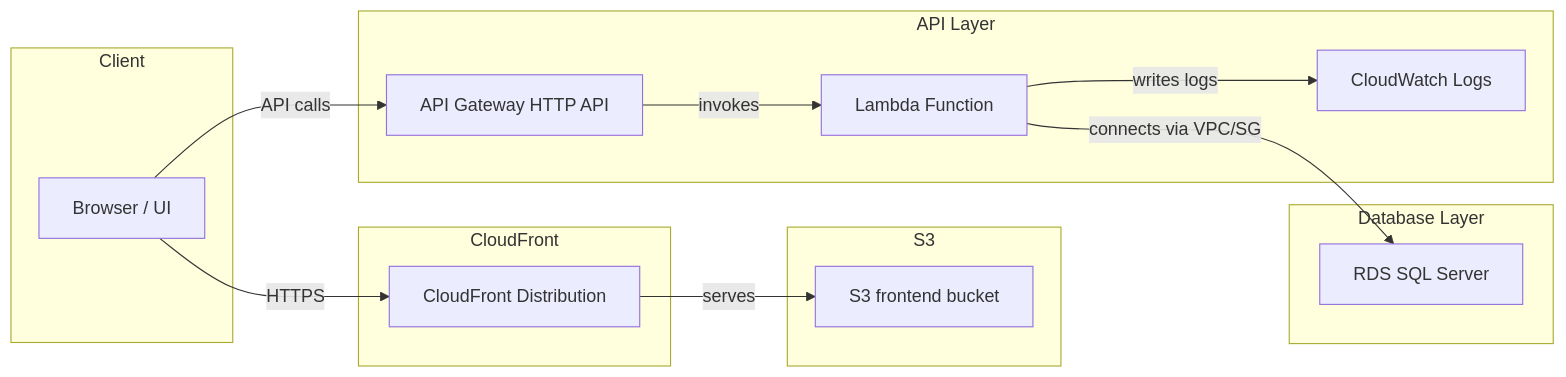
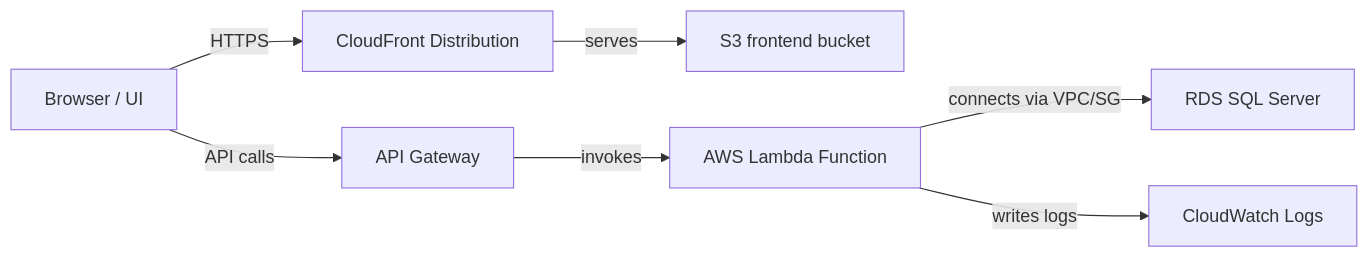
Before and after one commit to Rohit4530/accountdb-poc: the diagram in README.md, drawn with Mermaid. The commit also changed other lines of this file, not shown here.

````diff
--- a/README.md
+++ b/README.md
@@ -46,31 +117,10 @@
 ```mermaid
 flowchart LR
-    subgraph Client
-      Browser[Browser / UI]
-    end
-
-    subgraph CDN[CloudFront]
-      CloudFront[CloudFront Distribution]
-    end
-
-    subgraph Storage[S3]
-      FrontendS3[S3 frontend bucket]
-    end
-
-    subgraph API[API Layer]
-      APIGW[API Gateway HTTP API]
-      Lambda[Lambda Function]
-      Logs[CloudWatch Logs]
-    end
-
-    subgraph DB[Database Layer]
-      RDS[RDS SQL Server]
-    end
-
-    Browser -->|HTTPS| CloudFront
-    CloudFront -->|serves| FrontendS3
-    Browser -->|API calls| APIGW
-    APIGW -->|invokes| Lambda
-    Lambda -->|connects via VPC/SG| RDS
-    Lambda -->|writes logs| Logs
+    Browser[Browser / UI]
+    Browser -->|HTTPS| CloudFront[CloudFront Distribution]
+    CloudFront -->|serves| FrontendS3[S3 frontend bucket]
+    Browser -->|API calls| APIGW[API Gateway]
+    APIGW -->|invokes| Lambda[AWS Lambda Function]
+    Lambda -->|connects via VPC/SG| RDS[RDS SQL Server]
+    Lambda -->|writes logs| CloudWatch[CloudWatch Logs]
 ```
````
